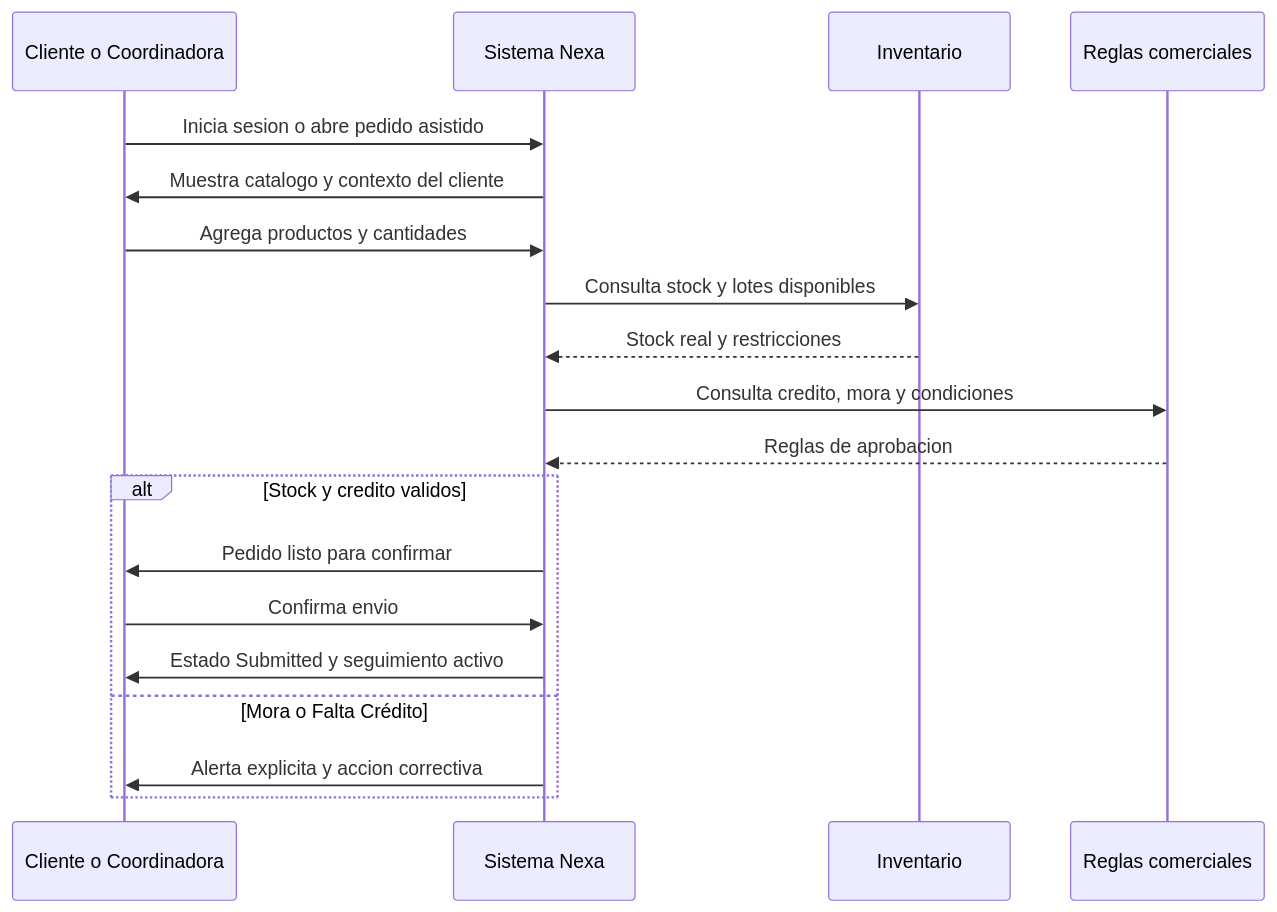
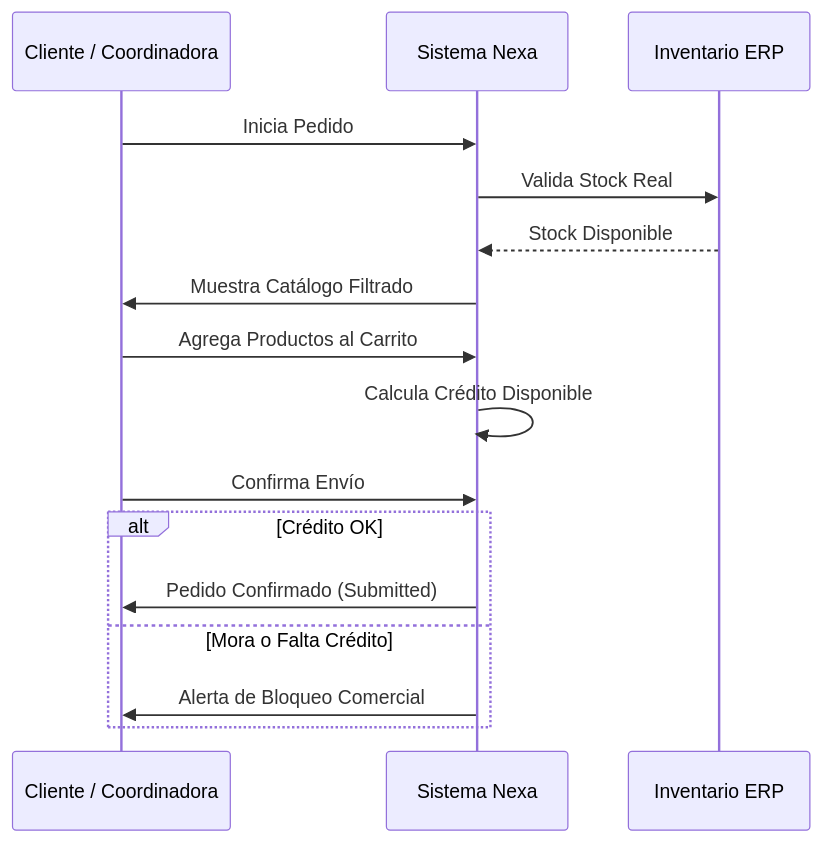
One commit to upc-pre-202610-1asi0730-12242-king/nexa-ecosystem-report changed the third of 3 diagrams in report/40-chapter-4-product-design/4-4-web-applications-ux-ui-design.md. Above: the diagram before and after it, drawn with Mermaid. The commit also changed other lines of this file and 16 other files, not shown here.

````diff
--- a/report/40-chapter-4-product-design/4-4-web-applications-ux-ui-design.md
+++ b/report/40-chapter-4-product-design/4-4-web-applications-ux-ui-design.md
@@ -268,21 +65,18 @@
 ```mermaid
 sequenceDiagram
-    participant U as Cliente o Coordinadora
+    participant U as Cliente / Coordinadora
     participant S as Sistema Nexa
-    participant I as Inventario
-    participant C as Reglas comerciales
-    U->>S: Inicia sesion o abre pedido asistido
-    S->>U: Muestra catalogo y contexto del cliente
-    U->>S: Agrega productos y cantidades
-    S->>I: Consulta stock y lotes disponibles
-    I-->>S: Stock real y restricciones
-    S->>C: Consulta credito, mora y condiciones
-    C-->>S: Reglas de aprobacion
-    alt Stock y credito validos
-        S->>U: Pedido listo para confirmar
-        U->>S: Confirma envio
-        S->>U: Estado Submitted y seguimiento activo
+    participant I as Inventario ERP
+    U->>S: Inicia Pedido
+    S->>I: Valida Stock Real
+    I-->>S: Stock Disponible
+    S->>U: Muestra Catálogo Filtrado
+    U->>S: Agrega Productos al Carrito
+    S->>S: Calcula Crédito Disponible
+    U->>S: Confirma Envío
+    alt Crédito OK
+        S->>U: Pedido Confirmado (Submitted)
     else Mora o Falta Crédito
-        S->>U: Alerta explicita y accion correctiva
+        S->>U: Alerta de Bloqueo Comercial
     end
 ```
````
